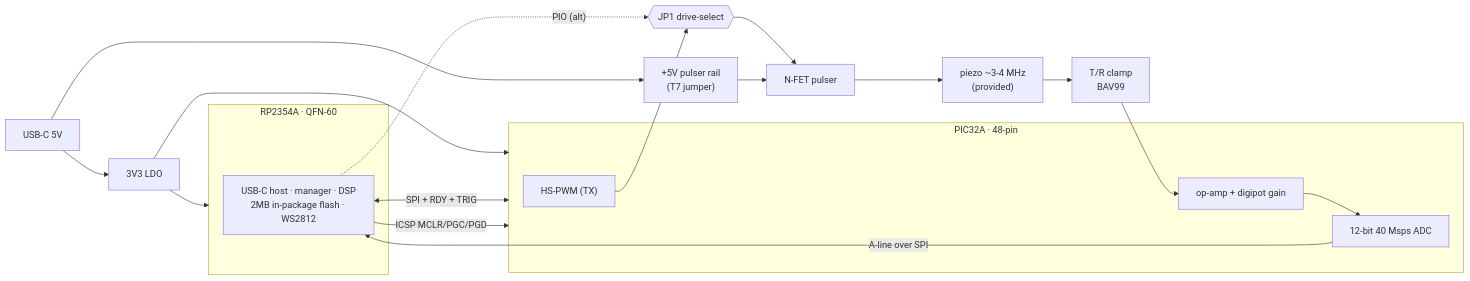
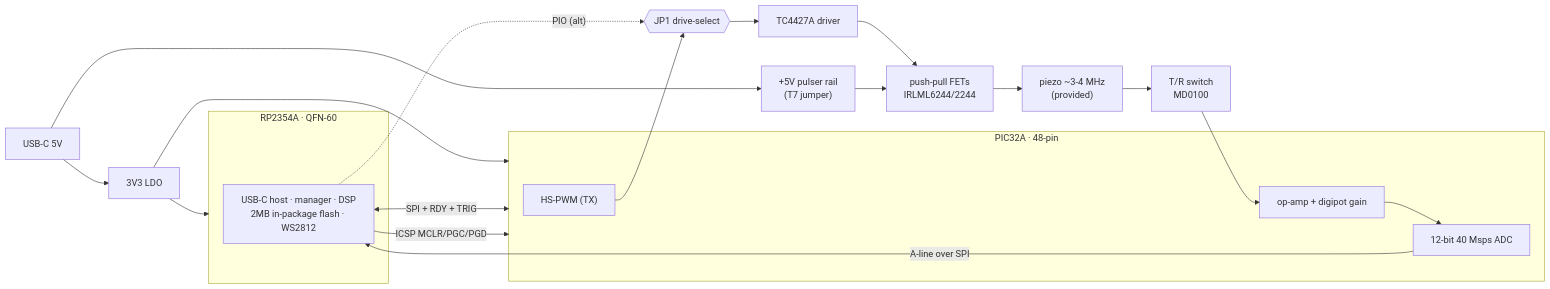
The first of 3 diagrams in design/designA/README.md (kelu124/minus), drawn with Mermaid before and after one commit. The commit also changed other lines of this file and 5 other files, not shown here.

````diff
--- a/design/designA/README.md
+++ b/design/designA/README.md
@@ -17,28 +24,28 @@
 ```mermaid
 flowchart LR
   USB["USB-C 5V"] --> LDO["3V3 LDO"]
   USB --> HV["+5V pulser rail<br/>(T7 jumper)"]
 
   subgraph RP["RP2354A · QFN-60"]
     RPfn["USB-C host · manager · DSP<br/>2MB in-package flash · WS2812"]
   end
   subgraph PICc["PIC32A · 48-pin"]
     TXP["HS-PWM (TX)"]
     GAIN["op-amp + digipot gain"]
     ADCc["12-bit 40 Msps ADC"]
     GAIN --> ADCc
   end
 
   LDO --> RP
   LDO --> PICc
   RPfn <-->|"SPI + RDY + TRIG"| PICc
   RPfn -->|"ICSP MCLR/PGC/PGD"| PICc
   ADCc -->|"A-line over SPI"| RPfn
 
-  PZ["piezo ~3-4 MHz<br/>(provided)"] --> TR["T/R clamp<br/>BAV99"] --> GAIN
+  PZ["piezo ~3-4 MHz<br/>(provided)"] --> TR["T/R switch<br/>MD0100"] --> GAIN
   TXP --> JP1{{"JP1 drive-select"}}
   RPfn -.->|"PIO (alt)"| JP1
-  JP1 --> Q1["N-FET pulser"]
+  JP1 --> GD["TC4427A driver"] --> Q1["push-pull FETs<br/>IRLML6244/2244"]
   HV --> Q1
   Q1 --> PZ
 ```
````
